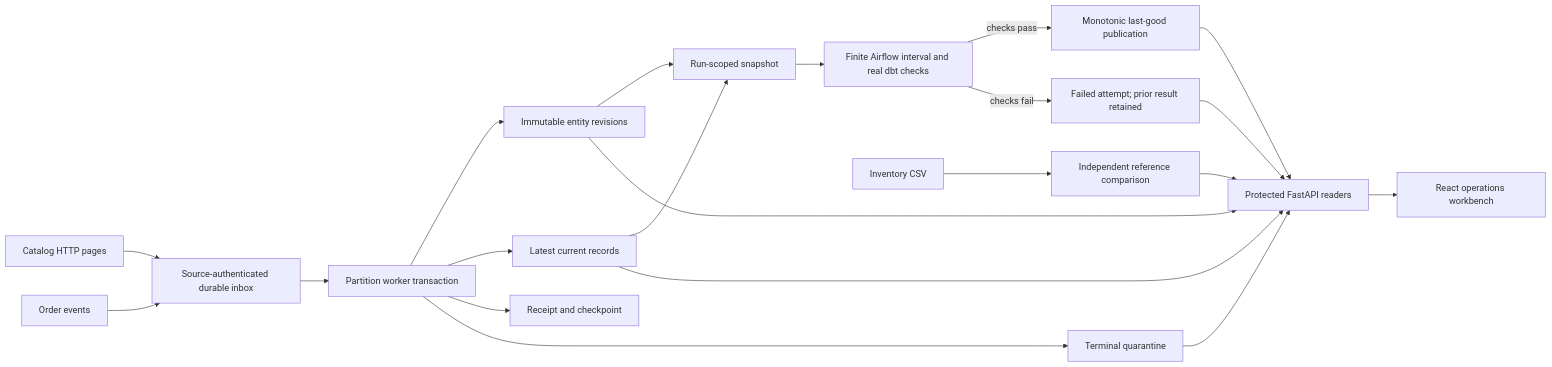
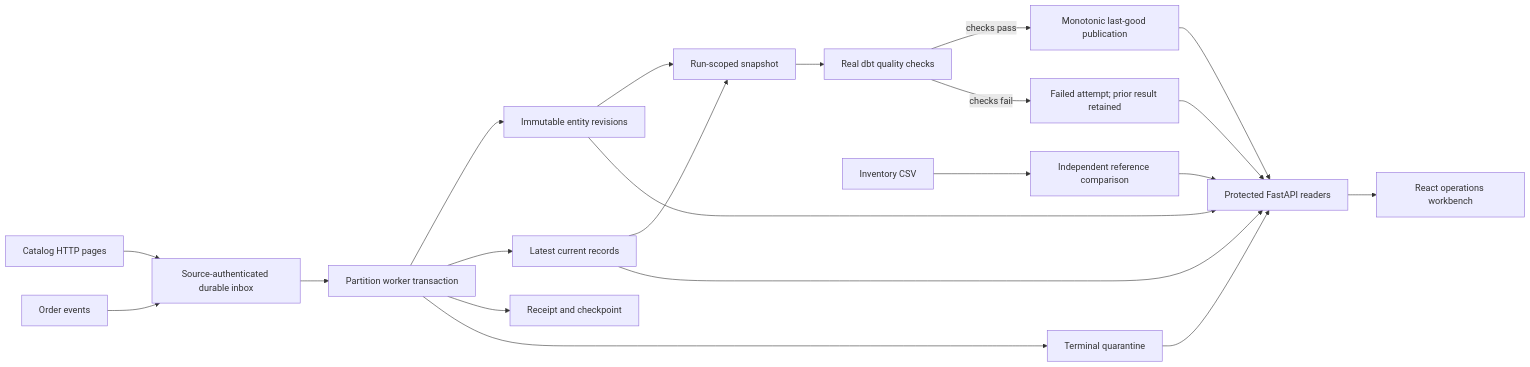
One commit to nirajmohabey/orderflow changed the diagram in README.md. Above: the diagram before and after it, drawn with Mermaid. The commit also changed other lines of this file and 78 other files, not shown here.

````diff
--- a/README.md
+++ b/README.md
@@ -11,23 +15,23 @@
 ```mermaid
 flowchart LR
     A[Catalog HTTP pages] --> I[Source-authenticated durable inbox]
     B[Order events] --> I
     I --> W[Partition worker transaction]
     W --> H[Immutable entity revisions]
     W --> C[Latest current records]
     W --> R[Receipt and checkpoint]
     W --> Q[Terminal quarantine]
     H --> S[Run-scoped snapshot]
     C --> S
-    S --> D[Finite Airflow interval and real dbt checks]
+    S --> D[Real dbt quality checks]
     D -->|checks pass| P[Monotonic last-good publication]
     D -->|checks fail| F[Failed attempt; prior result retained]
     X[Inventory CSV] --> V[Independent reference comparison]
     P --> U[Protected FastAPI readers]
     F --> U
     V --> U
     C --> U
     H --> U
     Q --> U
     U --> UI[React operations workbench]
 ```
````
